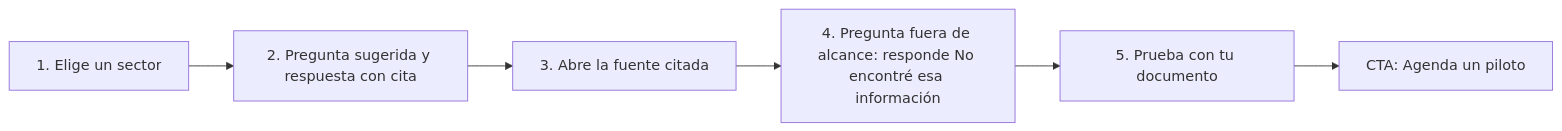
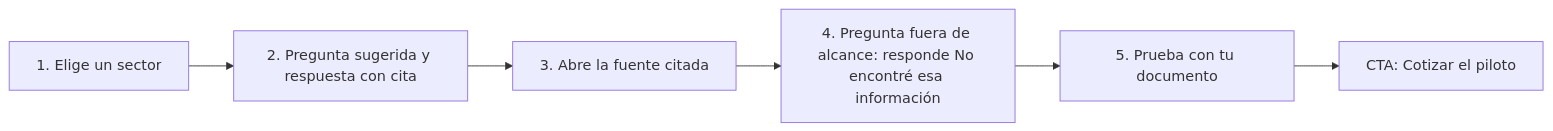
One commit to ronalc90/koptup changed the second of 3 diagrams in docs/wiki/Producto-chatbot-rag-ia.md. Above: the diagram before and after it, drawn with Mermaid. The commit also changed other lines of this file and 51 other files, not shown here.

````diff
--- a/docs/wiki/Producto-chatbot-rag-ia.md
+++ b/docs/wiki/Producto-chatbot-rag-ia.md
@@ -208,8 +208,8 @@
 ```mermaid
 flowchart LR
   A["1. Elige un sector"] --> B["2. Pregunta sugerida y respuesta con cita"]
   B --> C["3. Abre la fuente citada"]
   C --> D["4. Pregunta fuera de alcance: responde No encontré esa información"]
   D --> E["5. Prueba con tu documento"]
-  E --> F["CTA: Agenda un piloto"]
+  E --> F["CTA: Cotizar el piloto"]
 ```
````
